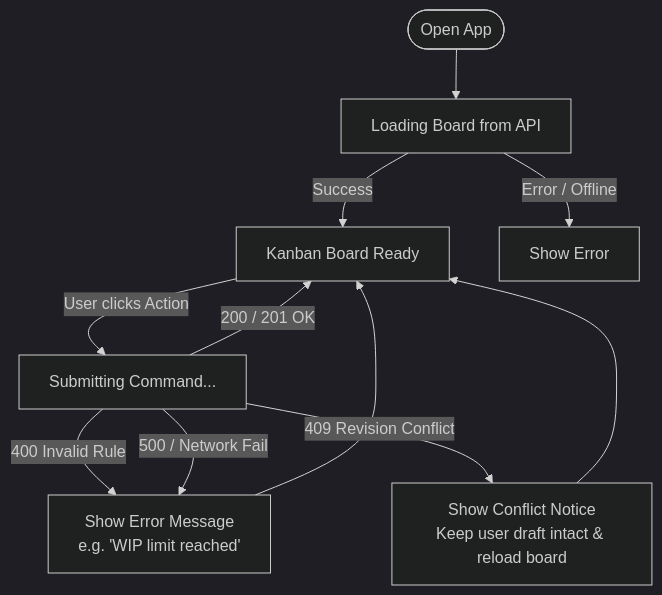
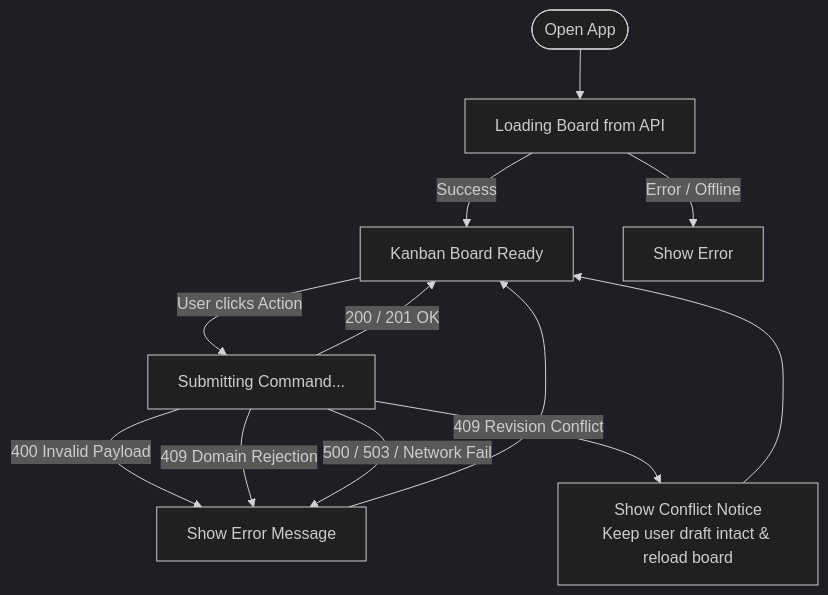
One commit to lorenzotosi/sticky-notes changed the second of 2 diagrams in docs/ux.md. Above: the diagram before and after it, drawn with Mermaid (dark theme). The commit also changed other lines of this file and 12 other files, not shown here.

````diff
--- a/docs/ux.md
+++ b/docs/ux.md
@@ -62,17 +62,18 @@
 ```mermaid
 flowchart TD
     Start([Open App]) --> Loading[Loading Board from API]
 
     Loading -->|Success| Ready[Kanban Board Ready]
     Loading -->|Error / Offline| NetworkError[Show Error]
 
     Ready -->|User clicks Action| Submitting[Submitting Command...]
 
     Submitting -->|200 / 201 OK| Ready
-    Submitting -->|400 Invalid Rule| ShowInlineError[Show Error Message<br/>e.g. 'WIP limit reached']
+    Submitting -->|400 Invalid Payload| ShowInlineError[Show Error Message]
+    Submitting -->|409 Domain Rejection| ShowInlineError
     Submitting -->|409 Revision Conflict| Conflict[Show Conflict Notice<br/>Keep user draft intact & reload board]
-    Submitting -->|500 / Network Fail| ShowInlineError
+    Submitting -->|500 / 503 / Network Fail| ShowInlineError
 
     ShowInlineError --> Ready
     Conflict --> Ready
 ```
````
